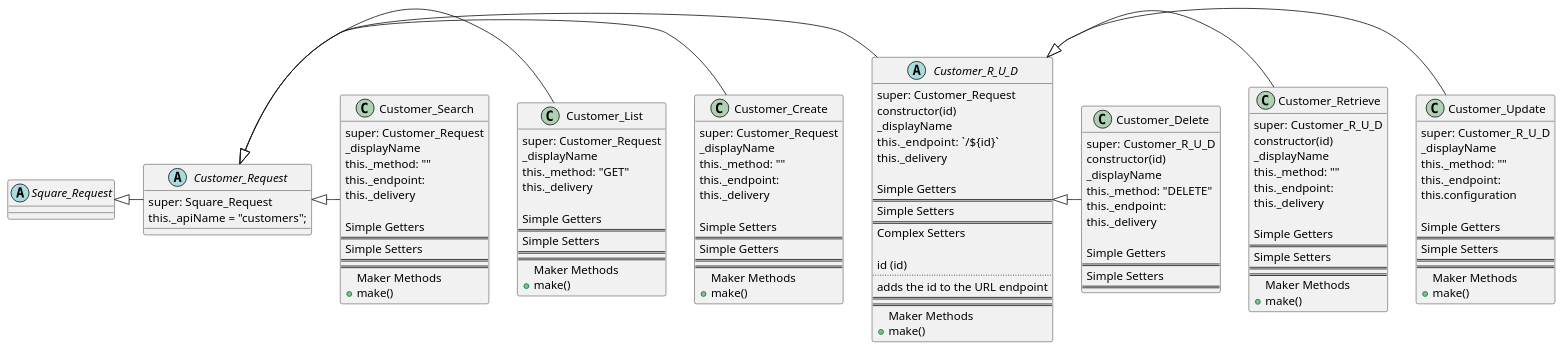
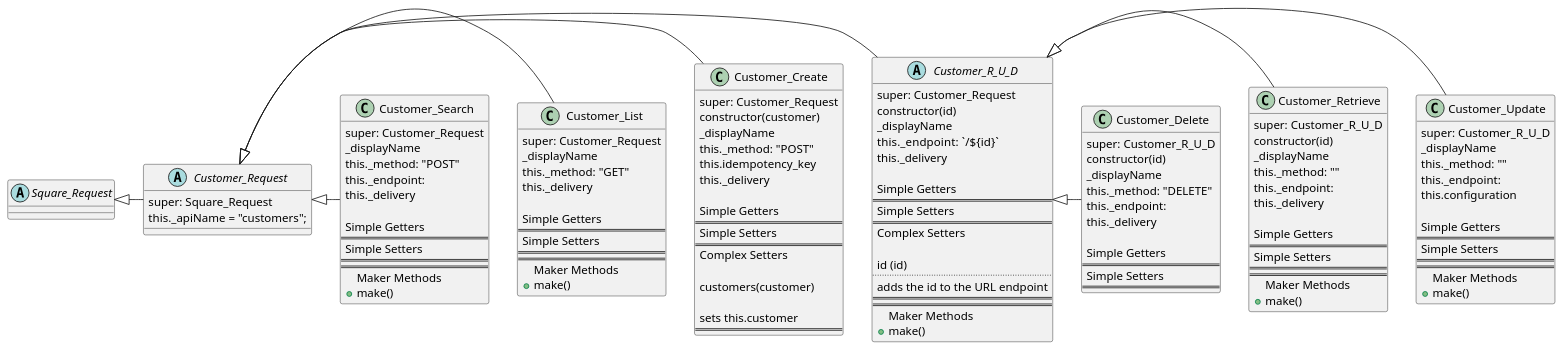
One commit to TwoFistedJustice/square-pie changed the diagram in docs/uml/pie_customer_api.puml. Above: the diagram before and after it, drawn with PlantUML.

Commit message:
docs: diagram Customer_Create

```diff
--- a/docs/uml/pie_customer_api.puml
+++ b/docs/uml/pie_customer_api.puml
@@ -1,146 +1,150 @@
 @startuml
 'https://plantuml.com/class-diagram
 
 Square_Request <|- Customer_Request
 Customer_Request <|- Customer_R_U_D
 Customer_R_U_D <|- Customer_Update
 Customer_R_U_D <|- Customer_Retrieve
 Customer_R_U_D <|- Customer_Delete
 Customer_Request <|- Customer_Create
 Customer_Request <|- Customer_List
 Customer_Request <|- Customer_Search
 
 abstract class Square_Request {}
 abstract class Customer_Request {
 super: Square_Request
 this._apiName = "customers";
 }
 
 abstract class Customer_R_U_D {
 super: Customer_Request
 constructor(id)
 _displayName
 this._endpoint:  `/${id}`
 this._delivery
 
 Simple Getters
 ==
 Simple Setters
 ==
 Complex Setters
 
 id (id)
 ..
 adds the id to the URL endpoint
 ==
 ==
 Maker Methods
 +make()
 }
 class Customer_Update {
 super: Customer_R_U_D
 _displayName
 this._method: ""
 this._endpoint:
 this.configuration
 
 Simple Getters
 ==
 Simple Setters
 ==
 ==
 Maker Methods
 +make()
 }
 class Customer_Retrieve {
 super: Customer_R_U_D
 constructor(id)
 _displayName
 this._method: ""
 this._endpoint:
 this._delivery
 
 Simple Getters
 ==
 Simple Setters
 ==
 ==
 Maker Methods
 +make()
 }
 class Customer_Delete {
 super: Customer_R_U_D
 constructor(id)
 _displayName
 this._method: "DELETE"
 this._endpoint:
 this._delivery
 
 Simple Getters
 ==
 Simple Setters
 ==
 }
 
 class Customer_Create {
 super: Customer_Request
+constructor(customer)
 _displayName
-this._method: ""
-this._endpoint:
+this._method: "POST"
+this.idempotency_key
 this._delivery
 
+Simple Getters
+==
 Simple Setters
 ==
-Simple Getters
+Complex Setters
+
+customers(customer)
+
+sets this.customer
 ==
-==
-Maker Methods
-+make()
 }
 class Customer_List {
 super: Customer_Request
 _displayName
 this._method: "GET"
 this._delivery
 
 Simple Getters
 ==
 Simple Setters
 ==
 ==
 Maker Methods
 +make()
 }
 class Customer_Search {
 super: Customer_Request
 _displayName
-this._method: ""
+this._method: "POST"
 this._endpoint:
 this._delivery
 
 Simple Getters
 ==
 Simple Setters
 ==
 ==
 Maker Methods
 +make()
 }
 
 
 
 
 
 
 
 
 
 
 
 
 
 
 
 
 
 @enduml
```
